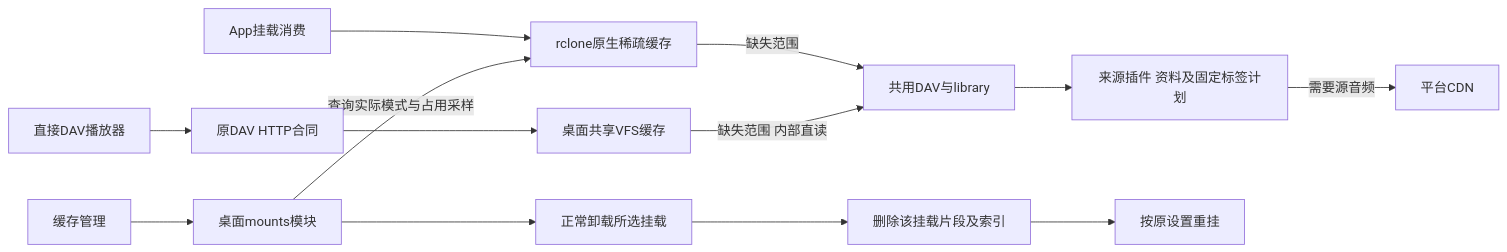
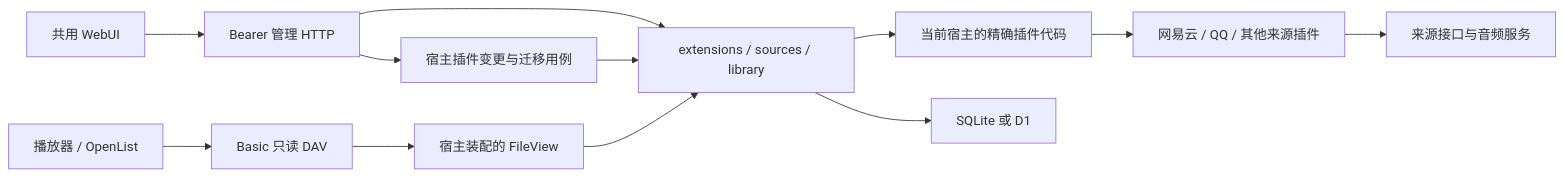
The first of 13 diagrams in docs/architecture/diagrams.md (shengyusi-SYS/musicfs), drawn with Mermaid before and after one commit. The commit also changed other lines of this file and 23 other files, not shown here.

Commit message:
docs: consolidate MusicFS architecture and reusable lessons

````diff
--- a/docs/architecture/diagrams.md
+++ b/docs/architecture/diagrams.md
@@ -25,15 +9,14 @@
 ```mermaid
 flowchart LR
-  App[App挂载消费] --> VFS[rclone原生稀疏缓存]
-  VFS -->|缺失范围| DAV[共用DAV与library]
-  Direct[直接DAV播放器] --> PublicDAV[原DAV HTTP合同]
-  PublicDAV --> Shared[桌面共享VFS缓存]
-  Shared -->|缺失范围 内部直读| DAV
-  DAV --> Source[来源插件 资料及固定标签计划]
-  Source -->|需要源音频| CDN[平台CDN]
-  UI[缓存管理] --> Mounts[桌面mounts模块]
-  Mounts -->|查询实际模式与占用采样| VFS
-  Mounts --> Stop[正常卸载所选挂载]
-  Stop --> Clear[删除该挂载片段及索引]
-  Clear --> Remount[按原设置重挂]
+  UI[共用 WebUI] --> HTTP[Bearer 管理 HTTP]
+  HTTP --> Change[宿主插件变更与迁移用例]
+  HTTP --> Core[extensions / sources / library]
+  Change --> Core
+  Core --> Runtime[当前宿主的精确插件代码]
+  Runtime --> Plugins[网易云 / QQ / 其他来源插件]
+  Plugins --> Upstream[来源接口与音频服务]
+  Reader[播放器 / OpenList] --> DAV[Basic 只读 DAV]
+  DAV --> Files[宿主装配的 FileView]
+  Files --> Core
+  Core --> Store[SQLite 或 D1]
 ```
````
